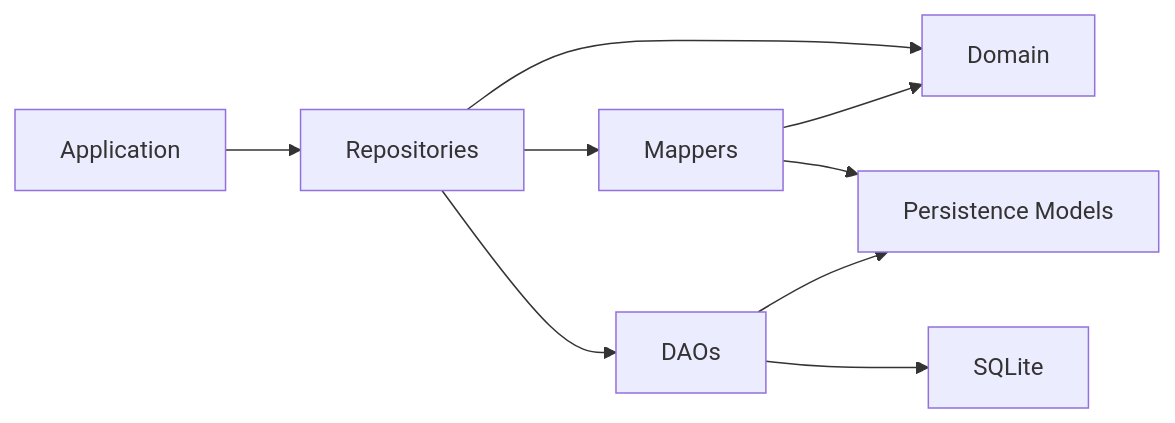
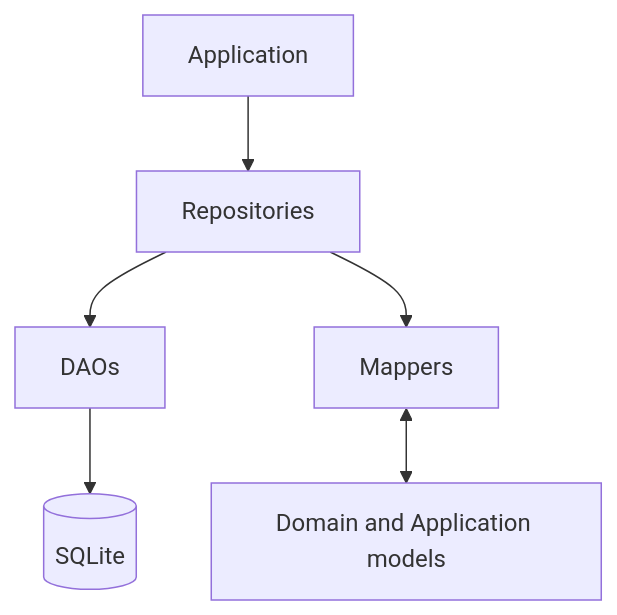
One commit to Antoine-Lagache/psitta changed the diagram in docs/architecture/persistence_layer/persistence.md. Above: the diagram before and after it, drawn with Mermaid. The commit also changed other lines of this file and 25 other files, not shown here.

````diff
--- a/docs/architecture/persistence_layer/persistence.md
+++ b/docs/architecture/persistence_layer/persistence.md
@@ -163,23 +16,8 @@
 ```mermaid
-flowchart LR
-
-    APPLICATION["Application"]
-    REPOSITORIES["Repositories"]
-    MAPPERS["Mappers"]
-    MODELS["Persistence Models"]
-    DAOS["DAOs"]
-    DATABASE["SQLite"]
-    DOMAIN["Domain"]
-
-    APPLICATION --> REPOSITORIES
-
-    REPOSITORIES --> DOMAIN
-    REPOSITORIES --> MAPPERS
-    REPOSITORIES --> DAOS
-
-    MAPPERS --> DOMAIN
-    MAPPERS --> MODELS
-
-    DAOS --> MODELS
-    DAOS --> DATABASE
+flowchart TD
+    APP["Application"] --> REPOSITORIES["Repositories"]
+    REPOSITORIES --> DAOS["DAOs"]
+    REPOSITORIES --> MAPPERS["Mappers"]
+    DAOS --> DB[(SQLite)]
+    MAPPERS <--> MODELS["Domain and Application models"]
 ```
````
